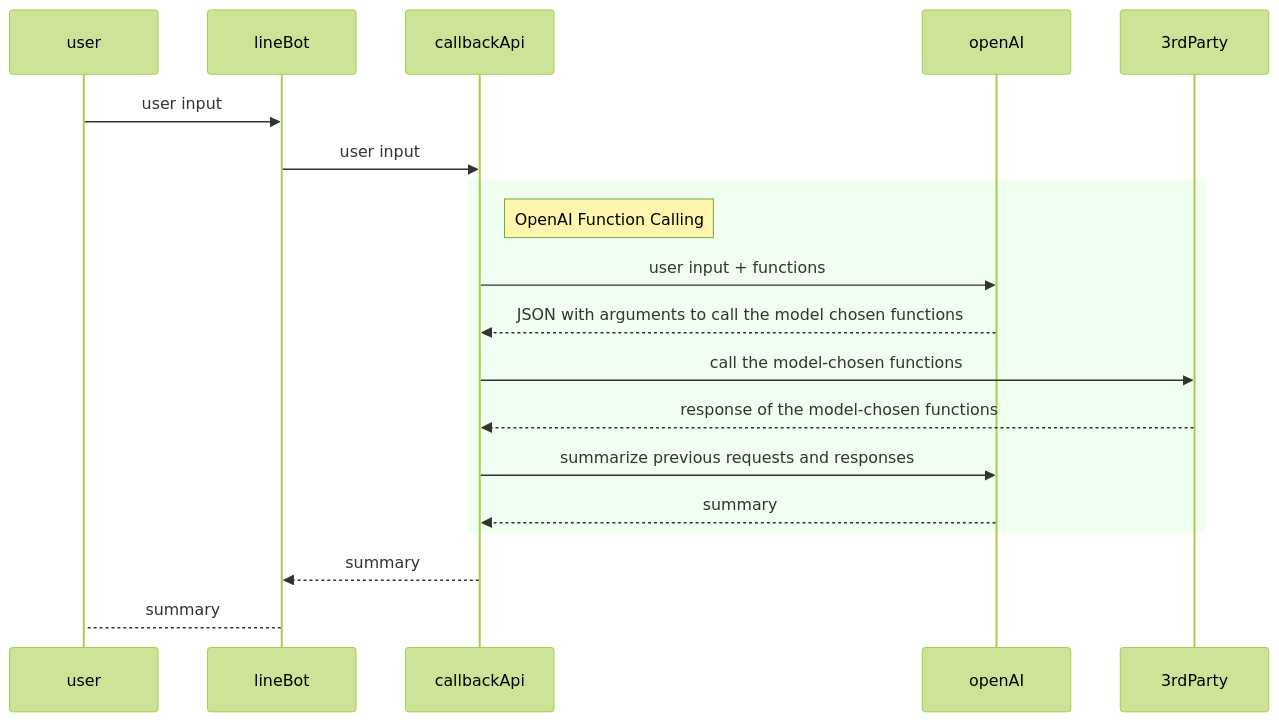
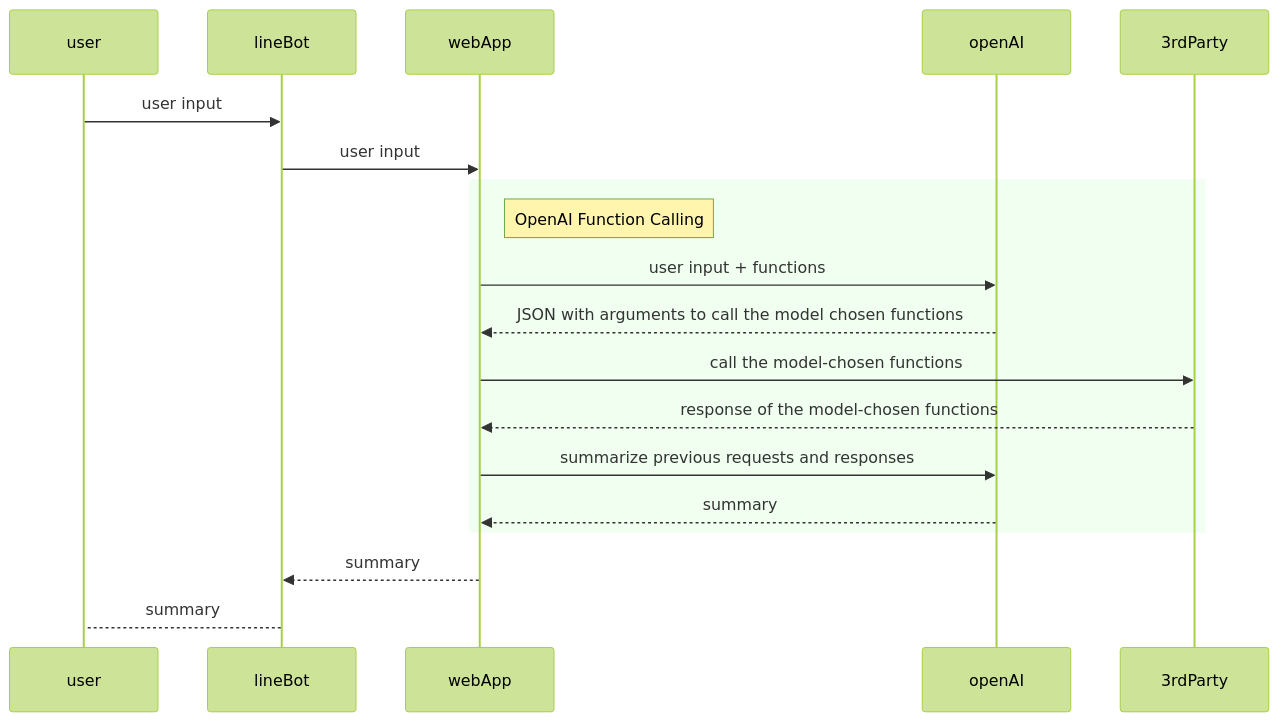
The diagram in README.md (evaou/langchain-demo), drawn with Mermaid (forest theme) before and after one commit.

Commit message:
Update call flow component name

````diff
--- a/README.md
+++ b/README.md
@@ -13,20 +13,20 @@
 ```mermaid
 sequenceDiagram
     user ->> lineBot: user input
-    lineBot ->> callbackApi: user input
+    lineBot ->> webApp: user input
 
     rect rgb(240,255,240)
 
-    Note right of callbackApi: OpenAI Function Calling
+    Note right of webApp: OpenAI Function Calling
 
-    callbackApi ->> openAI: user input + functions
-    openAI -->> callbackApi: JSON with arguments to call the model chosen functions
-    callbackApi ->> 3rdParty: call the model-chosen functions 
-    3rdParty -->> callbackApi: response of the model-chosen functions
-    callbackApi ->> openAI: summarize previous requests and responses 
-    openAI -->> callbackApi: summary
+    webApp ->> openAI: user input + functions
+    openAI -->> webApp: JSON with arguments to call the model chosen functions
+    webApp ->> 3rdParty: call the model-chosen functions
+    3rdParty -->> webApp: response of the model-chosen functions
+    webApp ->> openAI: summarize previous requests and responses
+    openAI -->> webApp: summary
     end
 
-    callbackApi -->> lineBot: summary
+    webApp -->> lineBot: summary
     lineBot --> user: summary
 ```
````
